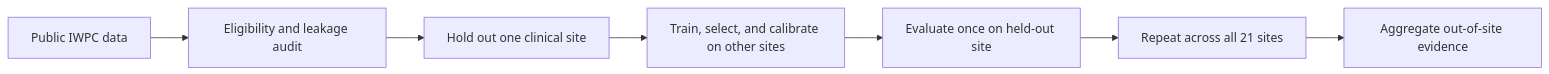
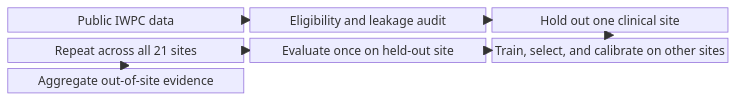
Before and after one commit to CountZero-Error/Warfarin_dose-Prediction: the diagram in README.md, drawn with Mermaid.

Commit message:
docs: stack validation workflow diagram

````diff
--- a/README.md
+++ b/README.md
@@ -36,9 +36,14 @@
 ```mermaid
-flowchart LR
-    A["Public IWPC data"] --> B["Eligibility and leakage audit"]
-    B --> C["Hold out one clinical site"]
-    C --> D["Train, select, and calibrate on other sites"]
-    D --> E["Evaluate once on held-out site"]
-    E --> F["Repeat across all 21 sites"]
-    F --> G["Aggregate out-of-site evidence"]
+block-beta
+    columns 3
+    A["Public IWPC data"] B["Eligibility and leakage audit"] C["Hold out one clinical site"]
+    F["Repeat across all 21 sites"] E["Evaluate once on held-out site"] D["Train, select, and calibrate on other sites"]
+    G["Aggregate out-of-site evidence"] space space
+
+    A --> B
+    B --> C
+    C --> D
+    D --> E
+    E --> F
+    F --> G
 ```
````
